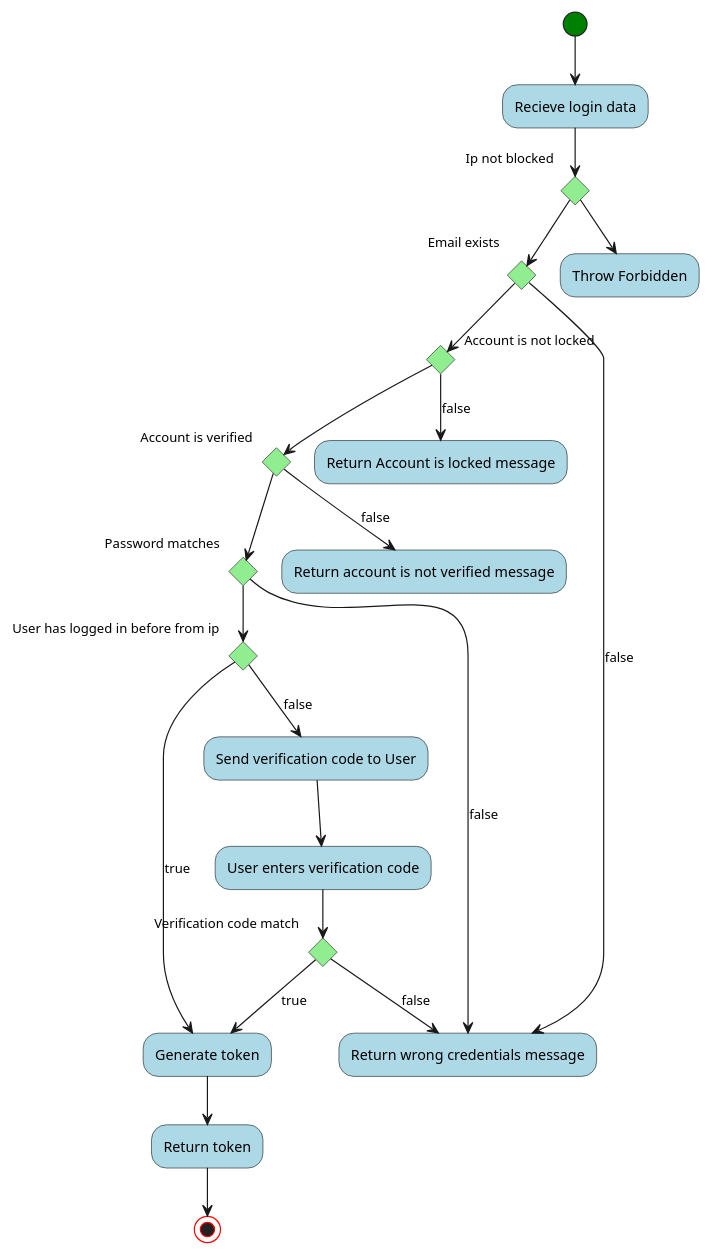
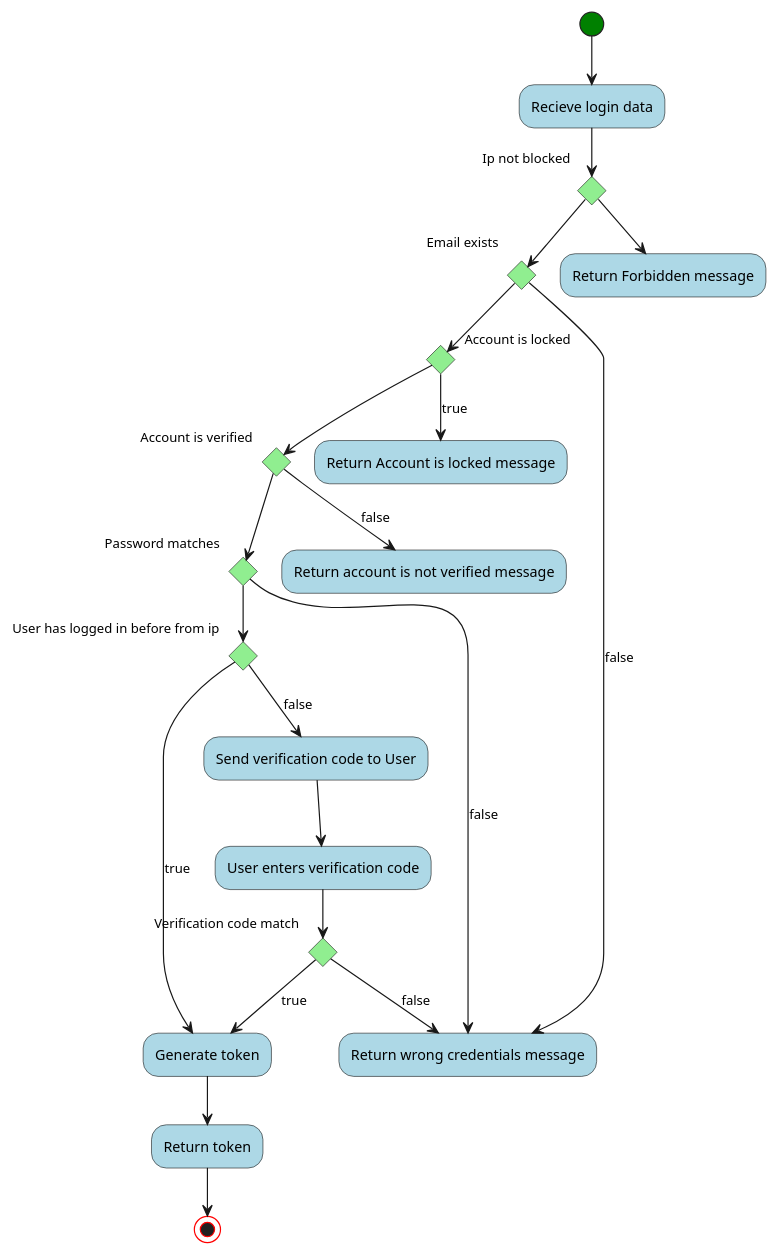
The diagram in Docs/FlowCharts/LoginFlowChart.plantuml (blackout1471/trust-us-school), drawn with PlantUML before and after one commit. The commit also changed 20 other files, not shown here.

First line of the commit message:
Updated sd and flowcharts (#27)

```diff
--- a/Docs/FlowCharts/LoginFlowChart.plantuml
+++ b/Docs/FlowCharts/LoginFlowChart.plantuml
@@ -1,48 +1,48 @@
 @startuml Login Flowchart
 
 skinparam activity {
     BackgroundColor lightblue
     
     StartColor green
     EndColor red
     
     diamondBackgroundColor lightgreen
 }
 
 (*) --> "Recieve login data"
 
 if "Ip not blocked" then
     if "Email exists" then
-        if "Account is not locked" then
+        if "Account is locked" then
             if "Account is verified" then
                 if "Password matches" then
                     if "User has logged in before from ip" then
                         -->[true] "Generate token"
                         --> "Return token"
                         --> (*)
                     else
                         -->[false] Send verification code to User
                         --> User enters verification code
                         if "Verification code match" then
                         -->[true] "Generate token"
                         else
                         -->[false] "Return wrong credentials message"
                         end if
                     end if 
                 else
                     -->[false] "Return wrong credentials message"
                 end if
             else
                 -->[false] "Return account is not verified message"
             end if
         else
-            -->[false] "Return Account is locked message"
+            -->[true] "Return Account is locked message"
         end if
     else
       -->[false] "Return wrong credentials message"
 
     end if 
 else 
- --> "Throw Forbidden"
+ --> "Return Forbidden message"
 end if
 @enduml
```
